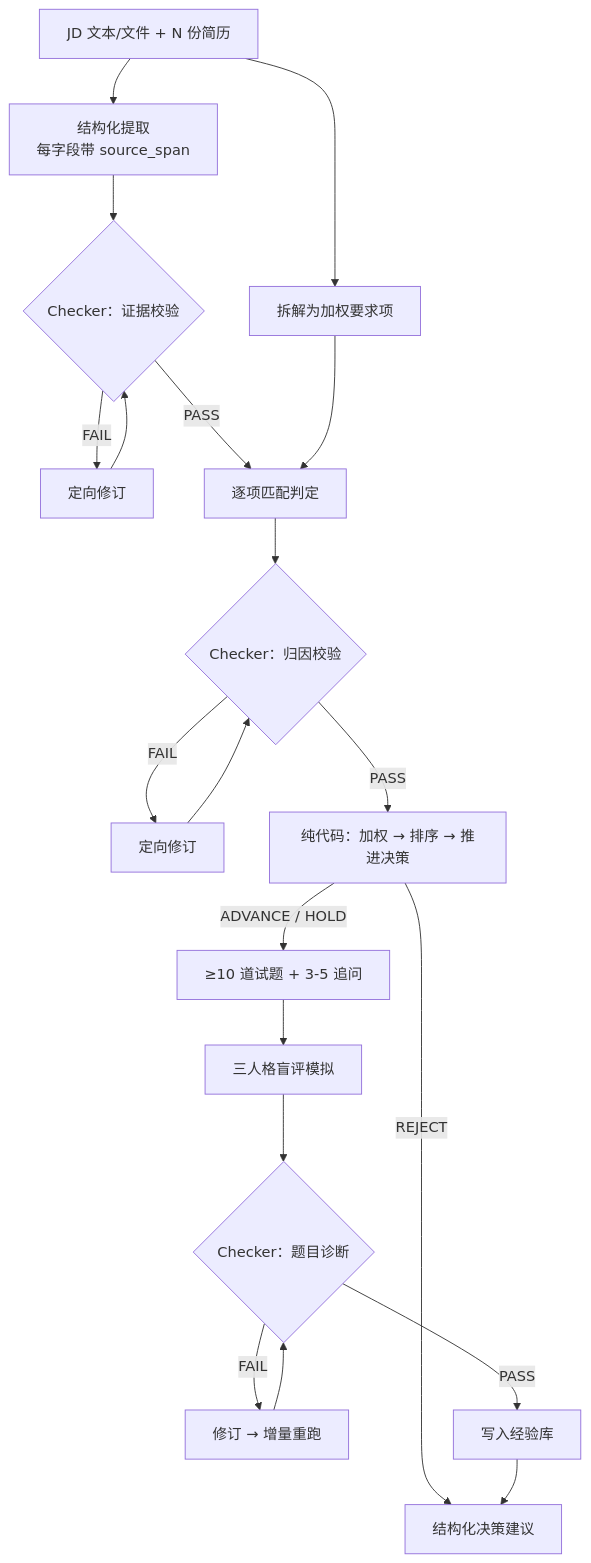
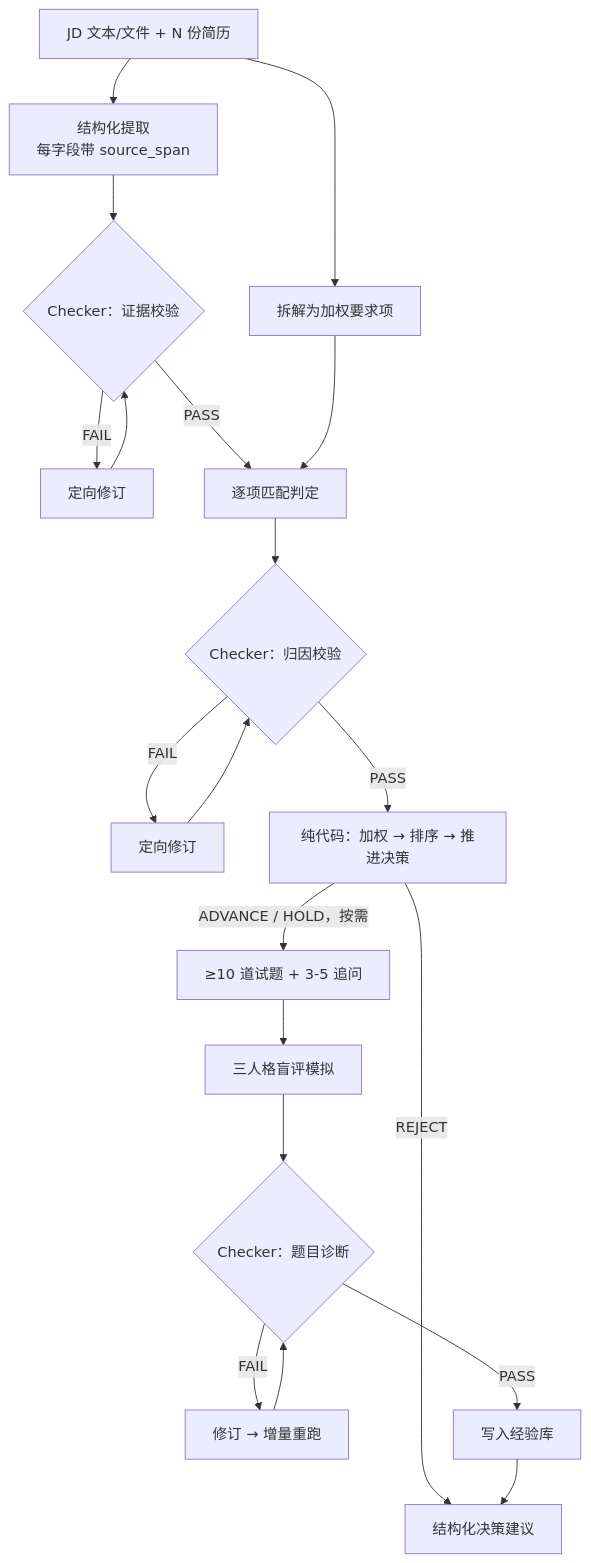
The first of 2 diagrams in README.md (1367877593-ops/resume-screening-agent), drawn with Mermaid before and after one commit. The commit also changed other lines of this file and 17 other files, not shown here.

````diff
--- a/README.md
+++ b/README.md
@@ -90,22 +93,22 @@
 ```mermaid
 flowchart TD
     A["JD 文本/文件 + N 份简历"] --> B["拆解为加权要求项"]
     A --> C["结构化提取<br/>每字段带 source_span"]
     C --> D{"Checker：证据校验"}
     D -->|FAIL| E["定向修订"]
     E --> D
     D -->|PASS| F["逐项匹配判定"]
     B --> F
     F --> G{"Checker：归因校验"}
     G -->|FAIL| H["定向修订"]
     H --> G
     G -->|PASS| I["纯代码：加权 → 排序 → 推进决策"]
     I -->|REJECT| N["结构化决策建议"]
-    I -->|ADVANCE / HOLD| J["≥10 道试题 + 3-5 追问"]
+    I -->|ADVANCE / HOLD，按需| J["≥10 道试题 + 3-5 追问"]
     J --> K["三人格盲评模拟"]
     K --> L{"Checker：题目诊断"}
     L -->|FAIL| M["修订 → 增量重跑"]
     M --> L
     L -->|PASS| O["写入经验库"]
     O --> N
 ```
````
